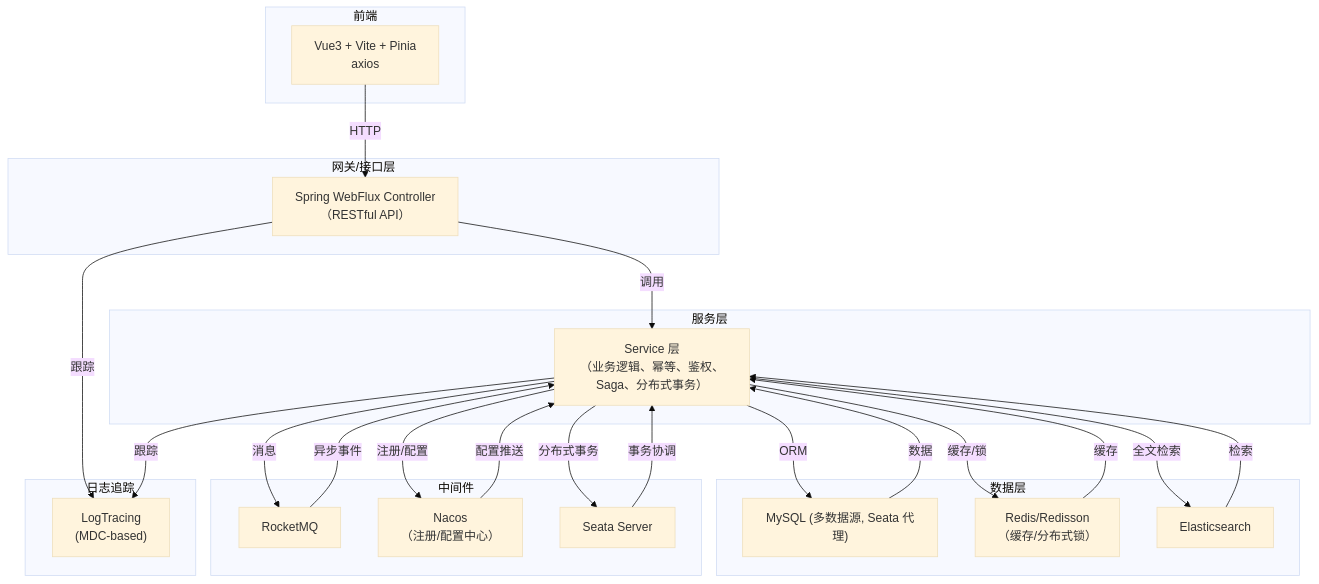
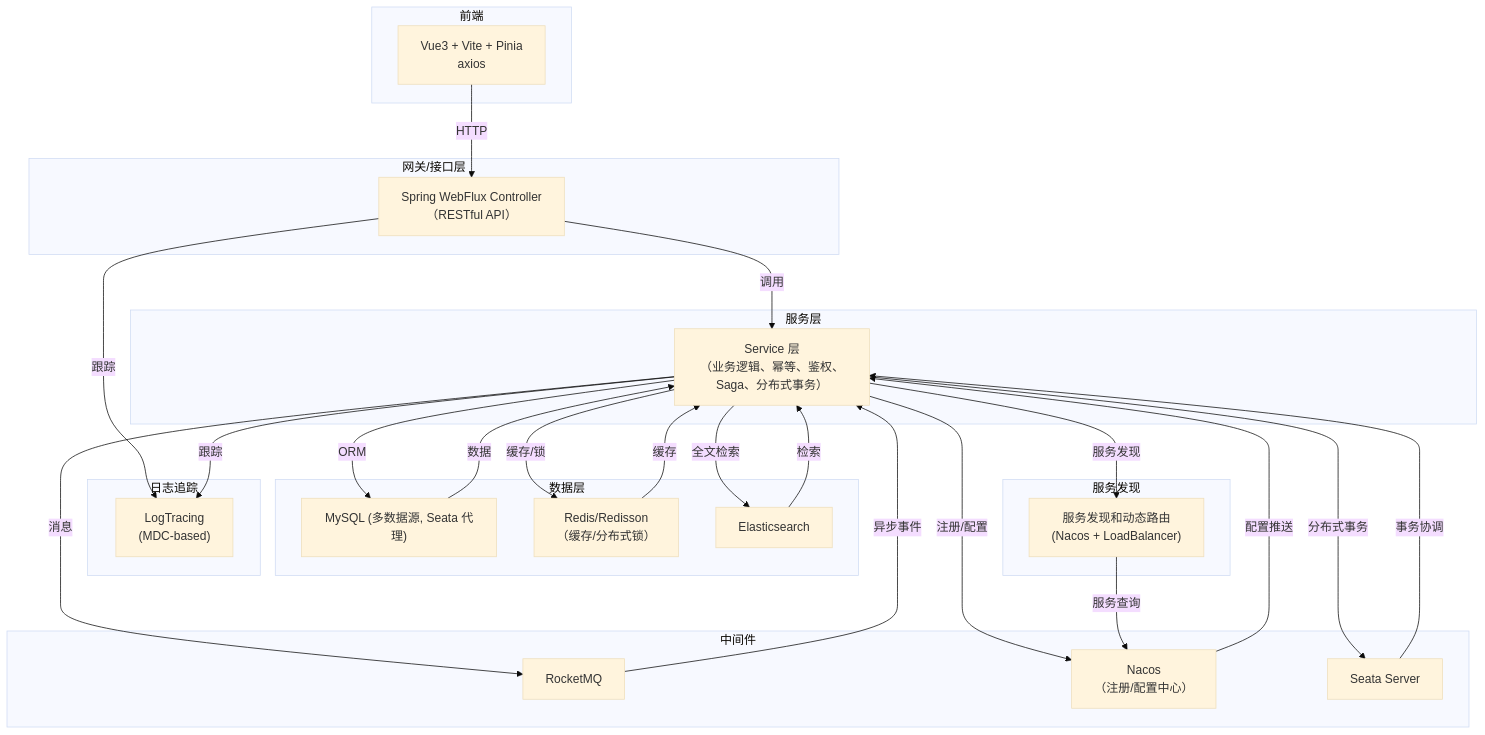
One commit to Seventeen-117/bgai changed the diagram in README.md. Above: the diagram before and after it, drawn with Mermaid (base theme). The commit also changed other lines of this file and 8 other files, not shown here.

````diff
--- a/README.md
+++ b/README.md
@@ -11,41 +11,46 @@
 ```mermaid
 flowchart TD
   subgraph 前端
     FE["Vue3 + Vite + Pinia<br/>axios"]
   end
   subgraph 网关/接口层
     GW["Spring WebFlux Controller<br/>（RESTful API）"]
   end
   subgraph 服务层
     SVC["Service 层<br/>（业务逻辑、幂等、鉴权、Saga、分布式事务）"]
   end
   subgraph 数据层
     DB["MySQL (多数据源, Seata 代理)"]
     REDIS["Redis/Redisson<br/>（缓存/分布式锁）"]
     ES["Elasticsearch"]
   end
   subgraph 中间件
     MQ["RocketMQ"]
     NACOS["Nacos<br/>（注册/配置中心）"]
     SEATA["Seata Server"]
   end
   subgraph 日志追踪
     LOG["LogTracing<br/>(MDC-based)"]
   end
+  subgraph 服务发现
+    SD["服务发现和动态路由<br/>(Nacos + LoadBalancer)"]
+  end
   FE-->|HTTP|GW
   GW-->|调用|SVC
   SVC-->|ORM|DB
   SVC-->|缓存/锁|REDIS
   SVC-->|消息|MQ
   SVC-->|全文检索|ES
   SVC-->|注册/配置|NACOS
   SVC-->|分布式事务|SEATA
   MQ-->|异步事件|SVC
   NACOS-->|配置推送|SVC
   SEATA-->|事务协调|SVC
   DB-->|数据|SVC
   REDIS-->|缓存|SVC
   ES-->|检索|SVC
   GW-->|跟踪|LOG
   SVC-->|跟踪|LOG
+  SVC-->|服务发现|SD
+  SD-->|服务查询|NACOS
 ```
````
